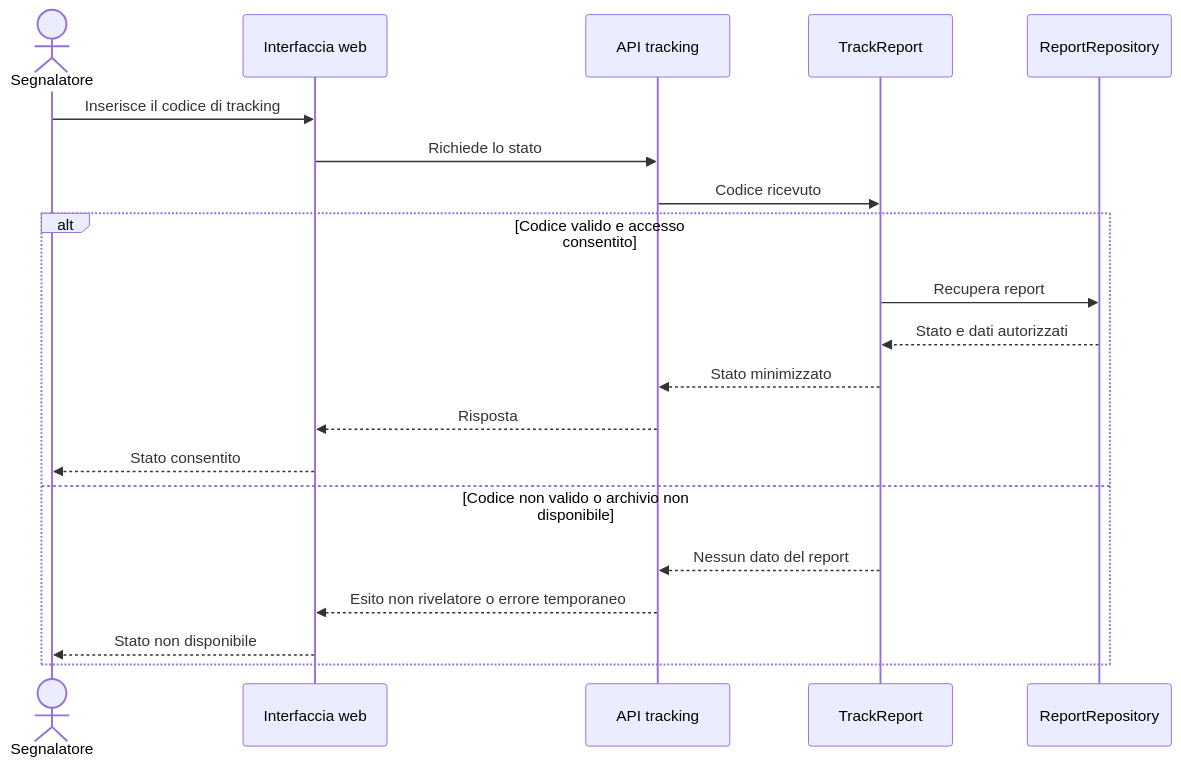
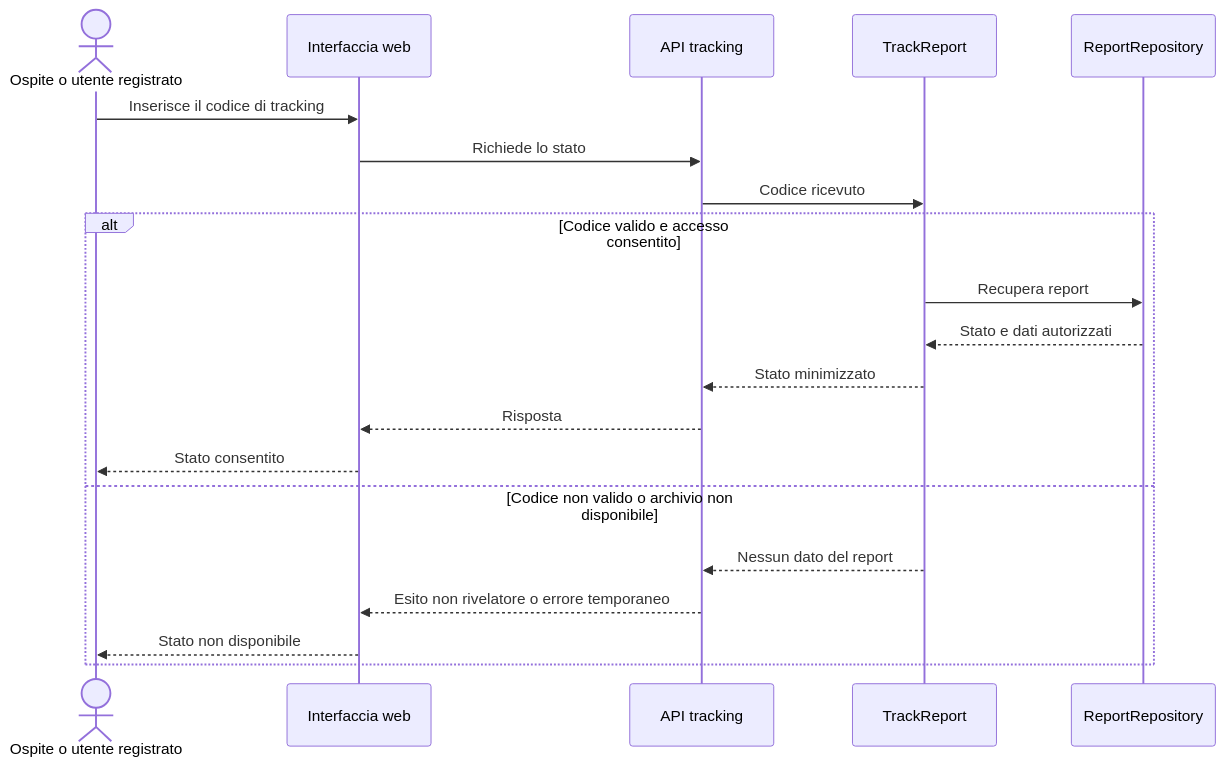
One commit to andreaplini/aegis changed the sixth of 9 diagrams in docs/RAD.md. Above: the diagram before and after it, drawn with Mermaid. The commit also changed other lines of this file and 5 other files, not shown here.

````diff
--- a/docs/RAD.md
+++ b/docs/RAD.md
@@ -622,23 +618,23 @@
 ```mermaid
 sequenceDiagram
   accDescr: Il codice di tracking consente la consultazione dello stato autorizzato.
-  actor S as Segnalatore
+  actor U as Ospite o utente registrato
   participant UI as Interfaccia web
   participant API as API tracking
   participant UC as TrackReport
   participant Repo as ReportRepository
-  S->>UI: Inserisce il codice di tracking
+  U->>UI: Inserisce il codice di tracking
   UI->>API: Richiede lo stato
   API->>UC: Codice ricevuto
   alt Codice valido e accesso consentito
     UC->>Repo: Recupera report
     Repo-->>UC: Stato e dati autorizzati
     UC-->>API: Stato minimizzato
     API-->>UI: Risposta
-    UI-->>S: Stato consentito
+    UI-->>U: Stato consentito
   else Codice non valido o archivio non disponibile
     UC-->>API: Nessun dato del report
     API-->>UI: Esito non rivelatore o errore temporaneo
-    UI-->>S: Stato non disponibile
+    UI-->>U: Stato non disponibile
   end
 ```
````
